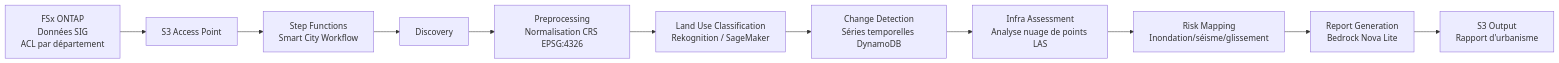
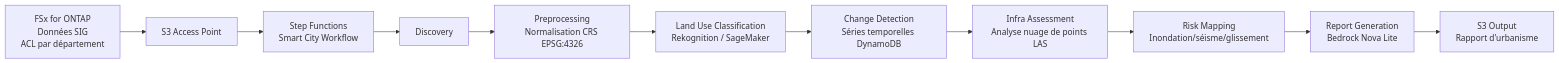
Before and after one commit to Yoshiki0705/FSx-for-ONTAP-S3AccessPoints-Serverless-Patterns: the diagram in smart-city-geospatial/docs/architecture.fr.md, drawn with Mermaid. The commit also changed other lines of this file and 752 other files, not shown here.

````diff
--- a/smart-city-geospatial/docs/architecture.fr.md
+++ b/smart-city-geospatial/docs/architecture.fr.md
@@ -15,13 +15,13 @@
 ```mermaid
 graph LR
-    FSx[FSx ONTAP<br/>Données SIG<br/>ACL par département] --> S3AP[S3 Access Point]
+    FSx[FSx for ONTAP<br/>Données SIG<br/>ACL par département] --> S3AP[S3 Access Point]
     S3AP --> SFN[Step Functions<br/>Smart City Workflow]
     SFN --> L1[Discovery]
     L1 --> L2[Preprocessing<br/>Normalisation CRS EPSG:4326]
     L2 --> L3[Land Use Classification<br/>Rekognition / SageMaker]
     L3 --> L4[Change Detection<br/>Séries temporelles DynamoDB]
     L4 --> L5[Infra Assessment<br/>Analyse nuage de points LAS]
     L5 --> L6[Risk Mapping<br/>Inondation/séisme/glissement]
     L6 --> L7[Report Generation<br/>Bedrock Nova Lite]
     L7 --> S3O[S3 Output<br/>Rapport d'urbanisme]
 ```
````
